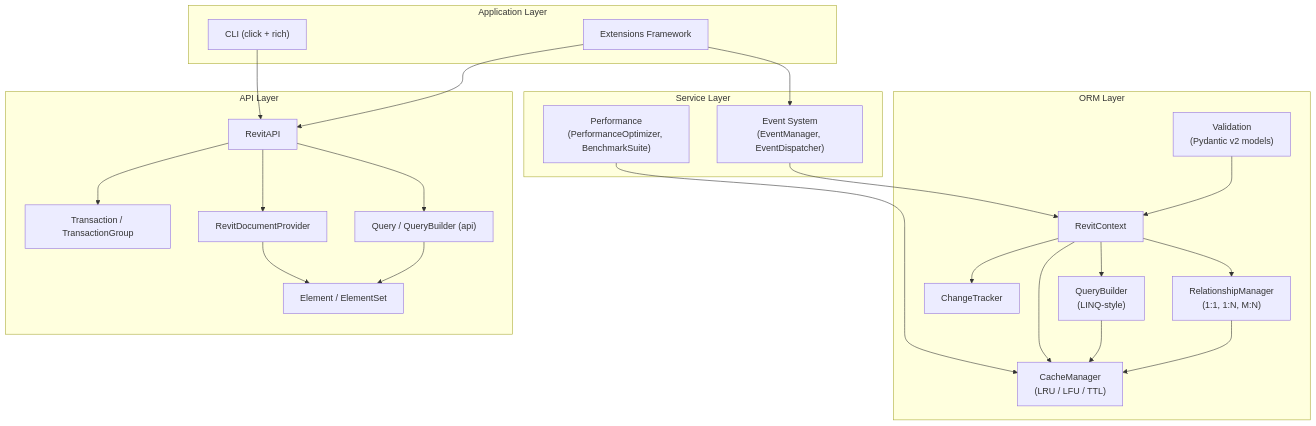
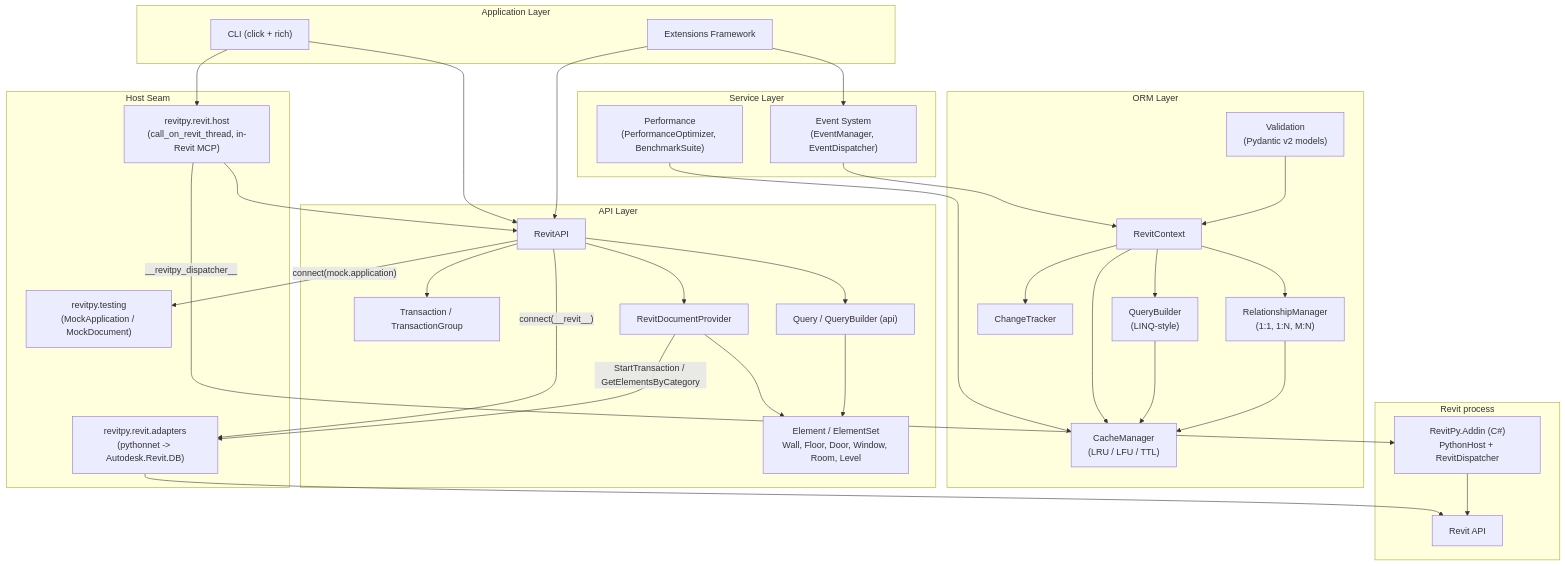
Before and after one commit to aj-geddes/revitpy: the first of 2 diagrams in docs/technical/system-design.md, drawn with Mermaid. The commit also changed other lines of this file and 35 other files, not shown here.

````diff
--- a/docs/technical/system-design.md
+++ b/docs/technical/system-design.md
@@ -16,50 +14,70 @@
 ```mermaid
 graph TD
     subgraph "Application Layer"
         CLI["CLI (click + rich)"]
         Extensions["Extensions Framework"]
     end
 
     subgraph "Service Layer"
         Events["Event System<br/>(EventManager, EventDispatcher)"]
         Perf["Performance<br/>(PerformanceOptimizer, BenchmarkSuite)"]
     end
 
     subgraph "ORM Layer"
         Context["RevitContext"]
         QB["QueryBuilder<br/>(LINQ-style)"]
         Cache["CacheManager<br/>(LRU / LFU / TTL)"]
         CT["ChangeTracker"]
         RM["RelationshipManager<br/>(1:1, 1:N, M:N)"]
         Val["Validation<br/>(Pydantic v2 models)"]
     end
 
     subgraph "API Layer"
         RevitAPI["RevitAPI"]
-        Elem["Element / ElementSet"]
+        Elem["Element / ElementSet<br/>Wall, Floor, Door, Window, Room, Level"]
         Txn["Transaction / TransactionGroup"]
         Query["Query / QueryBuilder (api)"]
         Wrapper["RevitDocumentProvider"]
+    end
+
+    subgraph "Host Seam"
+        Adapters["revitpy.revit.adapters<br/>(pythonnet -> Autodesk.Revit.DB)"]
+        Mocks["revitpy.testing<br/>(MockApplication / MockDocument)"]
+        HostPy["revitpy.revit.host<br/>(call_on_revit_thread, in-Revit MCP)"]
+    end
+
+    subgraph "Revit process"
+        Addin["RevitPy.Addin (C#)<br/>PythonHost + RevitDispatcher"]
+        RevitDB["Revit API"]
     end
 
     CLI --> RevitAPI
     Extensions --> Events
     Extensions --> RevitAPI
 
     Events --> Context
     Perf --> Cache
 
     Context --> QB
     Context --> Cache
     Context --> CT
     Context --> RM
     QB --> Cache
     RM --> Cache
     Val --> Context
 
     RevitAPI --> Wrapper
     RevitAPI --> Query
     RevitAPI --> Txn
     Wrapper --> Elem
     Query --> Elem
+
+    RevitAPI -- "connect(__revit__)" --> Adapters
+    RevitAPI -- "connect(mock.application)" --> Mocks
+    Wrapper -- "StartTransaction / GetElementsByCategory" --> Adapters
+    Adapters --> RevitDB
+    HostPy --> RevitAPI
+    HostPy -- "__revitpy_dispatcher__" --> Addin
+    Addin --> RevitDB
+    CLI --> HostPy
 ```
````
